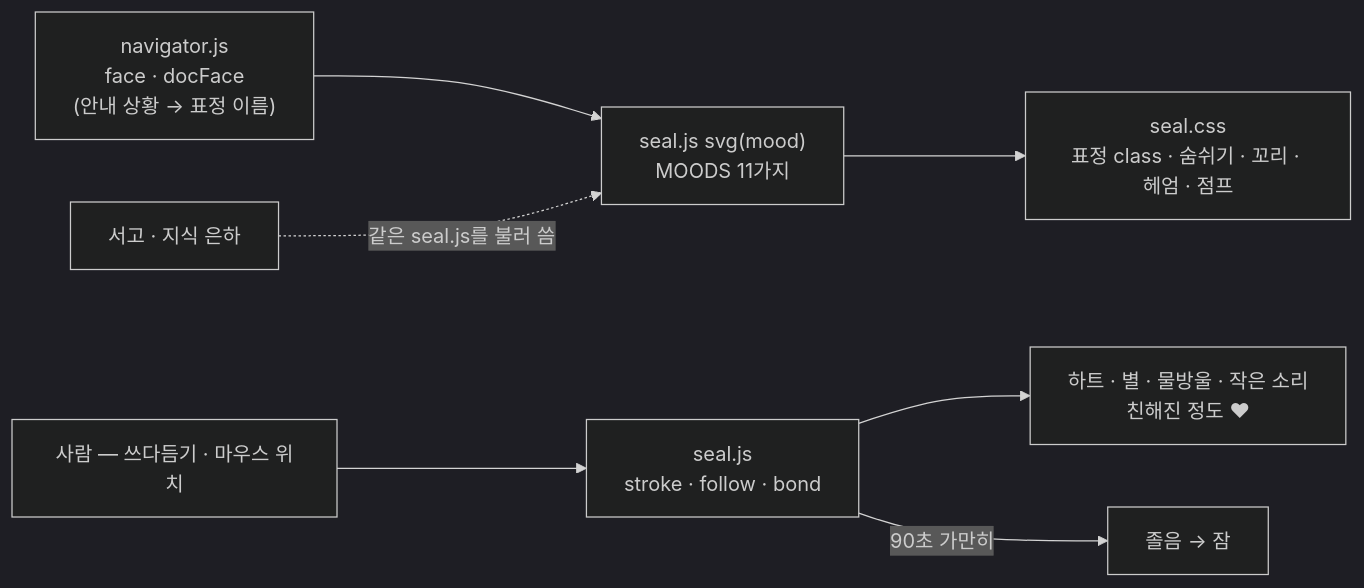
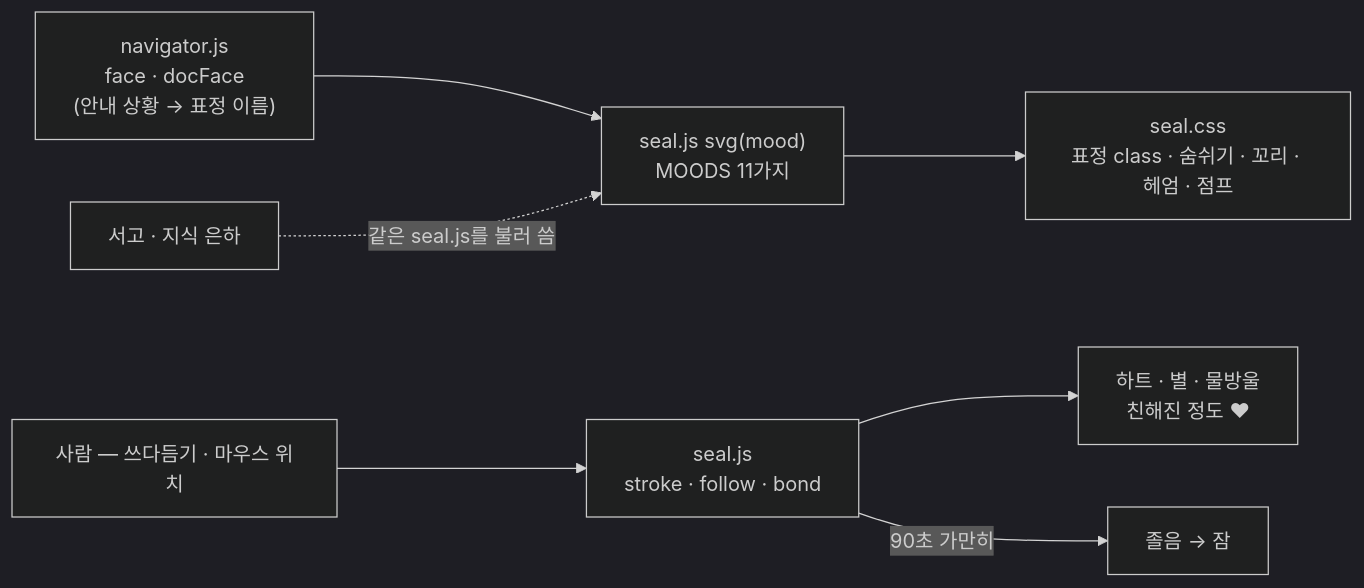
The diagram in 01-docs/features/08-floro/README.md (2026-Codyssey-Final-Proj/Final-Proj), drawn with Mermaid (dark theme) before and after one commit. The commit also changed 5 other files, not shown here.

````diff
--- a/01-docs/features/08-floro/README.md
+++ b/01-docs/features/08-floro/README.md
@@ -29,9 +29,9 @@
 ```mermaid
 flowchart LR
     R["navigator.js<br/>face · docFace<br/>(안내 상황 → 표정 이름)"] --> M["seal.js svg(mood)<br/>MOODS 11가지"]
     M --> C["seal.css<br/>표정 class · 숨쉬기 · 꼬리 · 헤엄 · 점프"]
     P["사람 — 쓰다듬기 · 마우스 위치"] --> I["seal.js<br/>stroke · follow · bond"]
-    I --> E["하트 · 별 · 물방울 · 작은 소리<br/>친해진 정도 ♥"]
+    I --> E["하트 · 별 · 물방울<br/>친해진 정도 ♥"]
     I -->|"90초 가만히"| Z["졸음 → 잠"]
     L["서고 · 지식 은하"] -.->|"같은 seal.js를 불러 씀"| M
 ```
````
